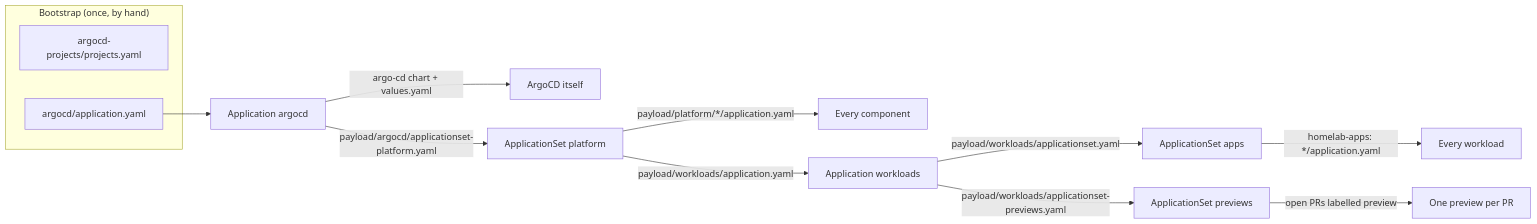
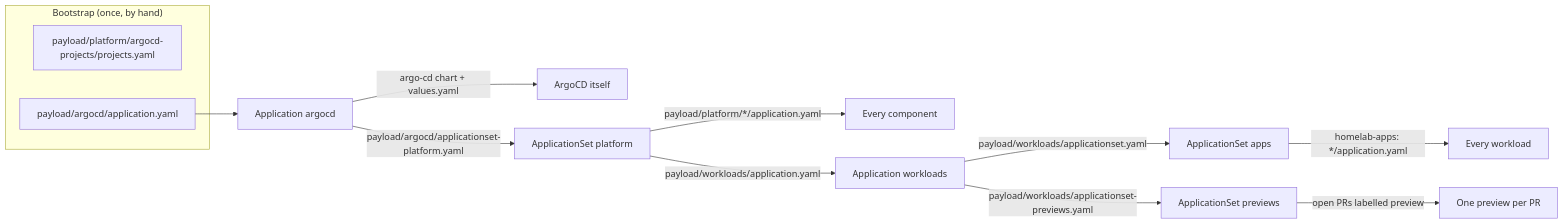
Before and after one commit to JanWelker/homelab: the diagram in docs/architecture/gitops.md, drawn with Mermaid. The commit also changed other lines of this file and 44 other files, not shown here.

````diff
--- a/docs/architecture/gitops.md
+++ b/docs/architecture/gitops.md
@@ -12,17 +12,17 @@
 ```mermaid
 flowchart LR
     subgraph "Bootstrap (once, by hand)"
-        PJ[argocd-projects/projects.yaml]
-        AA[argocd/application.yaml]
+        PJ[payload/platform/argocd-projects/projects.yaml]
+        AA[payload/argocd/application.yaml]
     end
 
     AA --> AR[Application argocd]
     AR --> |"argo-cd chart + values.yaml"| SELF[ArgoCD itself]
     AR --> |"payload/argocd/applicationset-platform.yaml"| AS[ApplicationSet platform]
     AS --> |"payload/platform/*/application.yaml"| INFRA[Every component]
     AS --> |"payload/workloads/application.yaml"| WA[Application workloads]
     WA --> |"payload/workloads/applicationset.yaml"| APPS[ApplicationSet apps]
     APPS --> |"homelab-apps: */application.yaml"| WL[Every workload]
     WA --> |"payload/workloads/applicationset-previews.yaml"| PV[ApplicationSet previews]
     PV --> |"open PRs labelled preview"| PR[One preview per PR]
 ```
````
